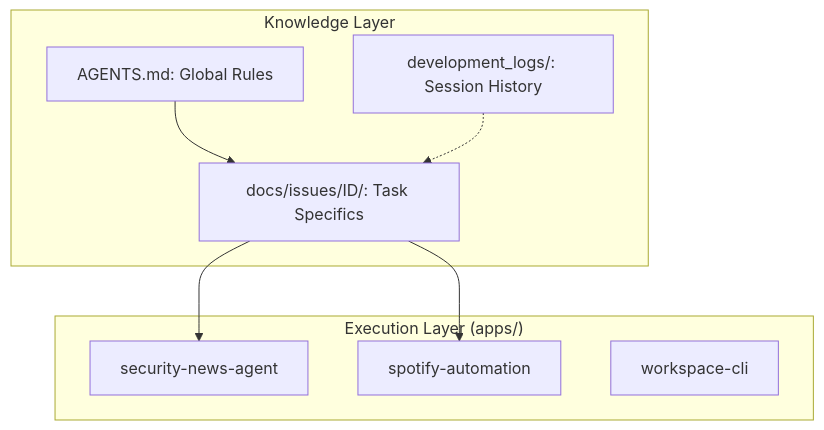
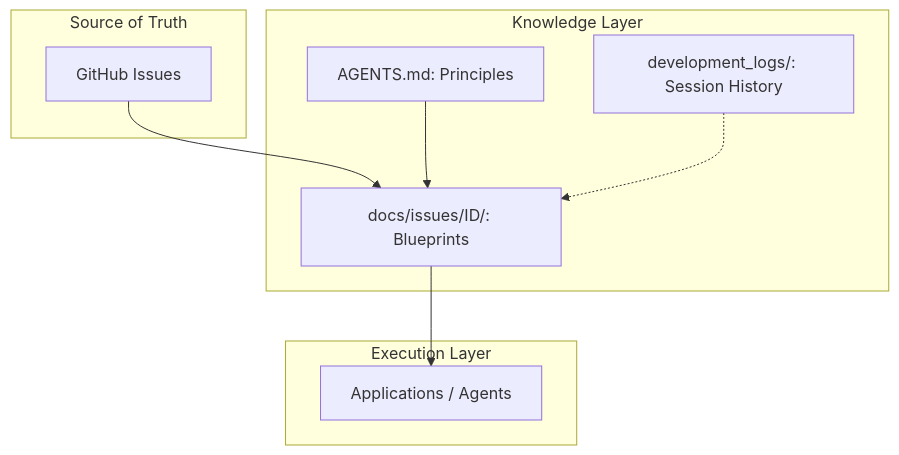
Before and after one commit to centervil/my-apps: the diagram in AGENTS.md, drawn with Mermaid. The commit also changed other lines of this file and 2 other files, not shown here.

Commit message:
docs: reorganize README and AGENTS.md roles and define GitHub Issues as SSOT

````diff
--- a/AGENTS.md
+++ b/AGENTS.md
@@ -45,19 +46,21 @@
 ```mermaid
 graph TD
-    subgraph "Execution Layer (apps/)"
-        SNA[security-news-agent]
-        SA[spotify-automation]
-        CLI[workspace-cli]
+    subgraph "Source of Truth"
+        GHI[GitHub Issues]
+    end
+
+    subgraph "Execution Layer"
+        APP[Applications / Agents]
     end
 
     subgraph "Knowledge Layer"
-        AGENTS[AGENTS.md: Global Rules]
-        ISS[docs/issues/ID/: Task Specifics]
+        AGENTS[AGENTS.md: Principles]
+        ISS[docs/issues/ID/: Blueprints]
         LOGS[development_logs/: Session History]
     end
 
+    GHI --> ISS
     AGENTS --> ISS
-    ISS --> SNA
-    ISS --> SA
+    ISS --> APP
     LOGS -.-> ISS
 ```
````
